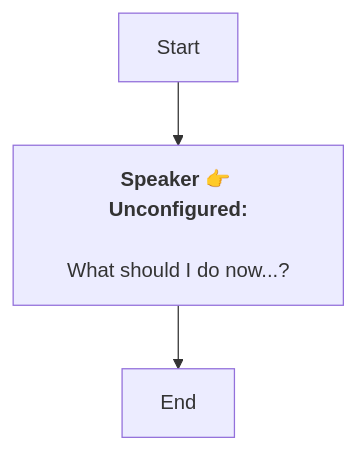
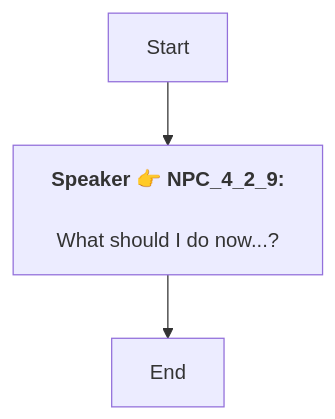
Before and after one commit to SoftHu/tos_avg: the diagram in En/Dialog_54771846761764.md, drawn with Mermaid. The commit also changed 737 other files, not shown here.

````diff
--- a/En/Dialog_54771846761764.md
+++ b/En/Dialog_54771846761764.md
@@ -1,8 +1,7 @@
 ```mermaid
 graph
-Start -->1752699266503469[<b>Speaker 👉 Unconfigured:</b>
-
-What should I do now...?]
+Start -->1752699266503469[<b>Speaker 👉 NPC_4_2_9:</b>
+\nWhat should I do now...?]
 1752699266503469 -->1752702125972284[End]
 
- ```
+```
````
